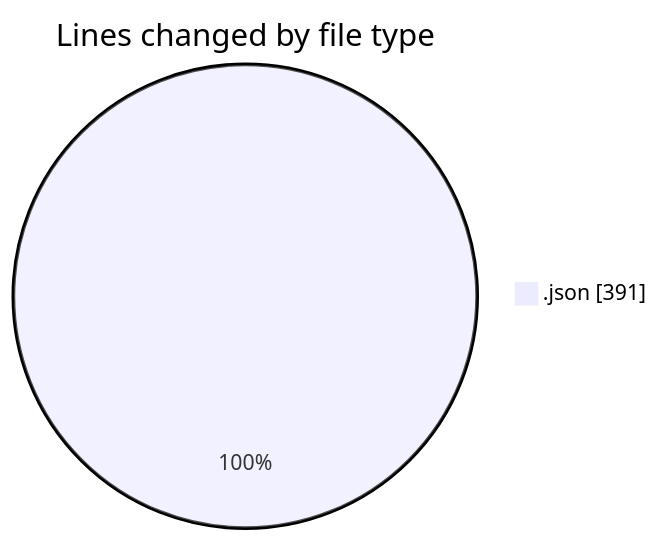
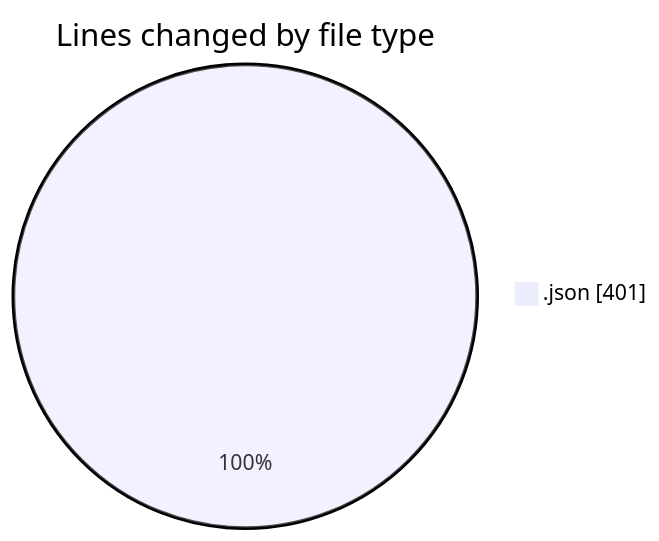
One commit to EIIisD/code-tracking changed the first of 2 diagrams in 2025-07-29/refunds/README.md. Above: the diagram before and after it, drawn with Mermaid. The commit also changed other lines of this file and 1 other file, not shown here.

````diff
--- a/2025-07-29/refunds/README.md
+++ b/2025-07-29/refunds/README.md
@@ -20,5 +20,5 @@
 ```mermaid
 pie showData
 title Lines changed by file type
-".json" : 391
+".json" : 401
 ```
````
